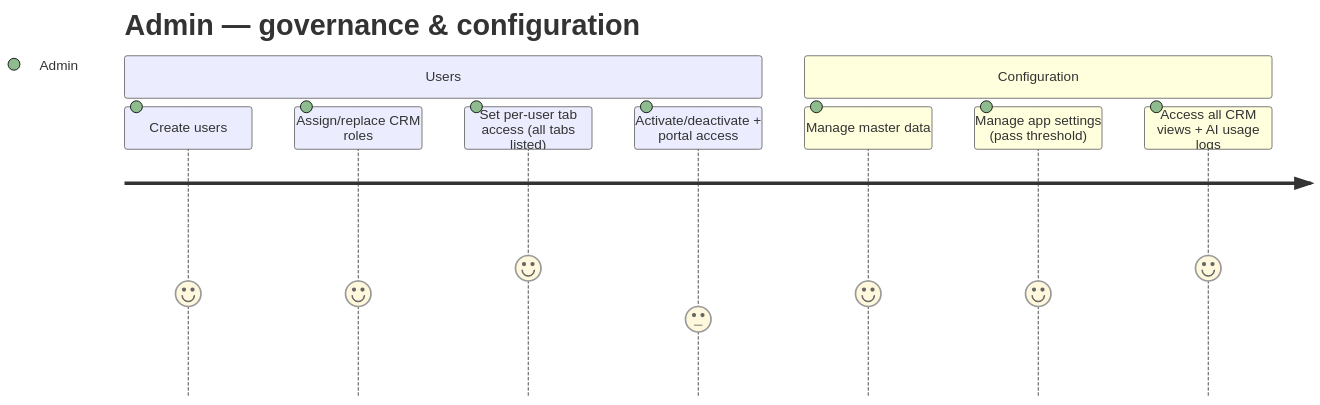
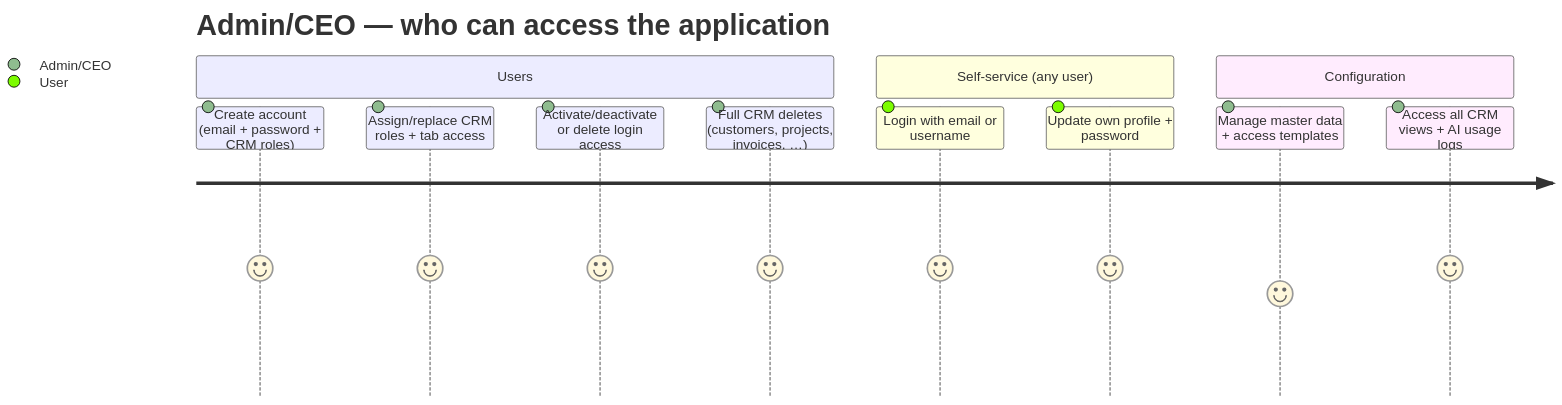
The eighth of 10 diagrams in docs/architecture/05-user-journeys.md (pawan-88/CRM-AI-Interview-Backend-B-V2), drawn with Mermaid before and after one commit. The commit also changed other lines of this file and 3 other files, not shown here.

First line of the commit message:
docs: sync architecture diagrams with the users-admin and pipeline changes

````diff
--- a/docs/architecture/05-user-journeys.md
+++ b/docs/architecture/05-user-journeys.md
@@ -163,13 +163,15 @@
 ```mermaid
 journey
-    title Admin — governance & configuration
+    title Admin/CEO — who can access the application
     section Users
-      Create users: 4: Admin
-      Assign/replace CRM roles: 4: Admin
-      Set per-user tab access (all tabs listed): 5: Admin
-      Activate/deactivate + portal access: 3: Admin
+      Create account (email + password + CRM roles): 5: Admin/CEO
+      Assign/replace CRM roles + tab access: 5: Admin/CEO
+      Activate/deactivate or delete login access: 5: Admin/CEO
+      Full CRM deletes (customers, projects, invoices, …): 5: Admin/CEO
+    section Self-service (any user)
+      Login with email or username: 5: User
+      Update own profile + password: 5: User
     section Configuration
-      Manage master data: 4: Admin
-      Manage app settings (pass threshold): 4: Admin
-      Access all CRM views + AI usage logs: 5: Admin
+      Manage master data + access templates: 4: Admin/CEO
+      Access all CRM views + AI usage logs: 5: Admin/CEO
 ```
````
